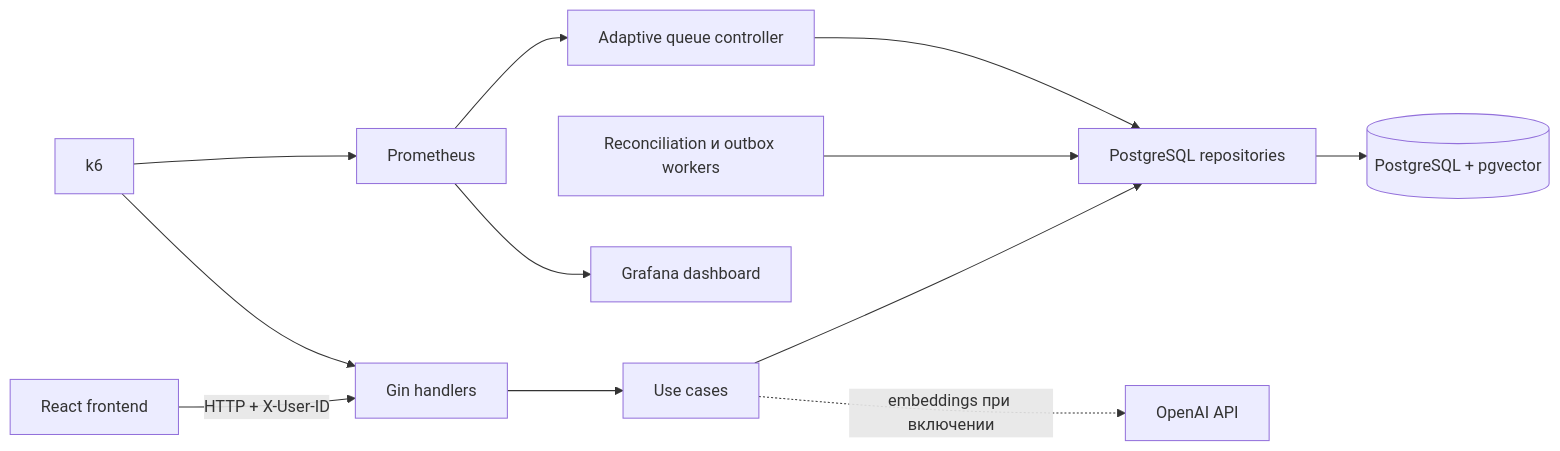
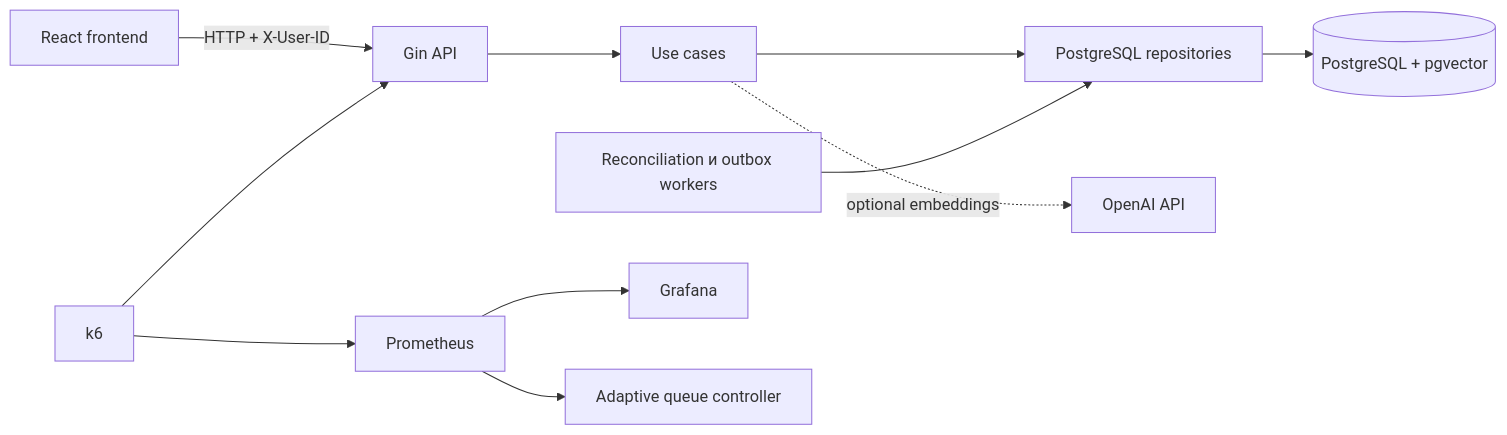
One commit to Woolfer0097/GoodQueue changed the diagram in README.md. Above: the diagram before and after it, drawn with Mermaid. The commit also changed other lines of this file, not shown here.

````diff
--- a/README.md
+++ b/README.md
@@ -89,14 +116,13 @@
 ```mermaid
 flowchart LR
-    UI[React frontend] -->|HTTP + X-User-ID| API[Gin handlers]
+    UI[React frontend] -->|HTTP + X-User-ID| API[Gin API]
     API --> UC[Use cases]
     UC --> REPO[PostgreSQL repositories]
     REPO --> DB[(PostgreSQL + pgvector)]
     WORKER[Reconciliation и outbox workers] --> REPO
     K6[k6] --> API
     K6 --> PROM[Prometheus]
-    PROM --> GRAFANA[Grafana dashboard]
+    PROM --> GRAFANA[Grafana]
     PROM --> ADAPT[Adaptive queue controller]
-    ADAPT --> REPO
-    UC -. embeddings при включении .-> OPENAI[OpenAI API]
+    UC -. optional embeddings .-> OPENAI[OpenAI API]
 ```
````
